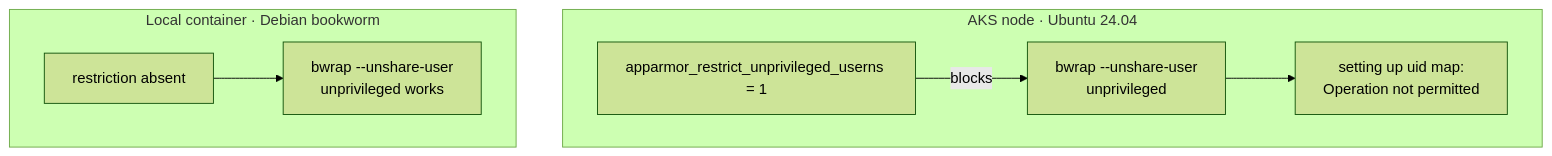
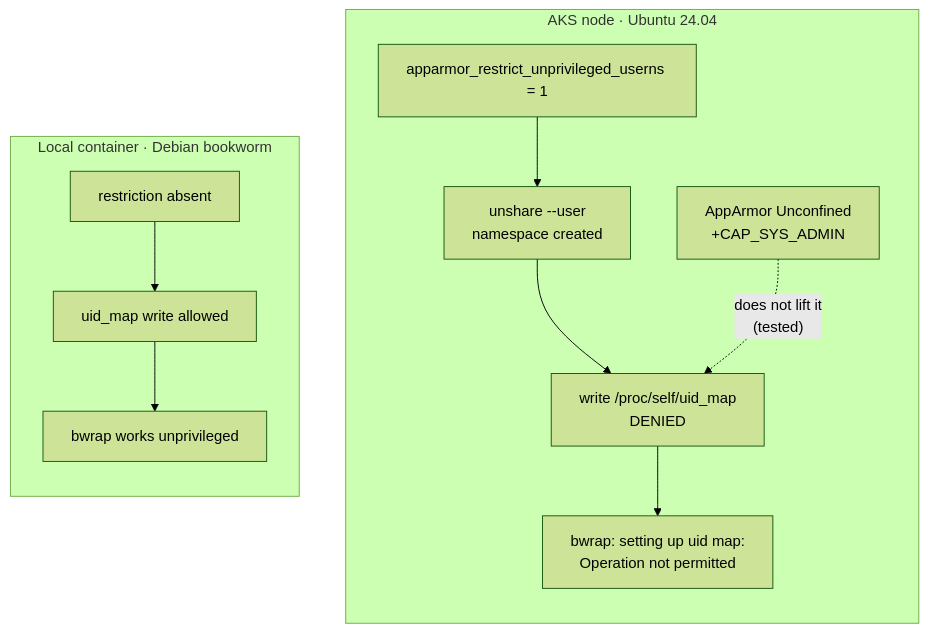
The diagram in docs/aks-enablement.md (cedricvidal/sandbox-containment-matrix), drawn with Mermaid (forest theme) before and after one commit. The commit also changed other lines of this file, not shown here.

First line of the commit message:
Test AppArmor Unconfined on AKS: ruled out

````diff
--- a/docs/aks-enablement.md
+++ b/docs/aks-enablement.md
@@ -34,10 +40,16 @@
 ```mermaid
 flowchart TB
   subgraph U["AKS node · Ubuntu 24.04"]
-    A["apparmor_restrict_unprivileged_userns = 1"] -->|blocks| B["bwrap --unshare-user<br/>unprivileged"]
-    B --> C["setting up uid map:<br/>Operation not permitted"]
+    direction TB
+    A["apparmor_restrict_unprivileged_userns = 1"]
+    B["unshare --user<br/>namespace created"]
+    C["write /proc/self/uid_map<br/>DENIED"]
+    D["bwrap: setting up uid map:<br/>Operation not permitted"]
+    A --> B --> C --> D
+    E["AppArmor Unconfined<br/>+CAP_SYS_ADMIN"] -.->|"does not lift it<br/>(tested)"| C
   end
-  subgraph D["Local container · Debian bookworm"]
-    E["restriction absent"] --> F["bwrap --unshare-user<br/>unprivileged works"]
+  subgraph L["Local container · Debian bookworm"]
+    direction TB
+    F["restriction absent"] --> G["uid_map write allowed"] --> H["bwrap works unprivileged"]
   end
 ```
````
